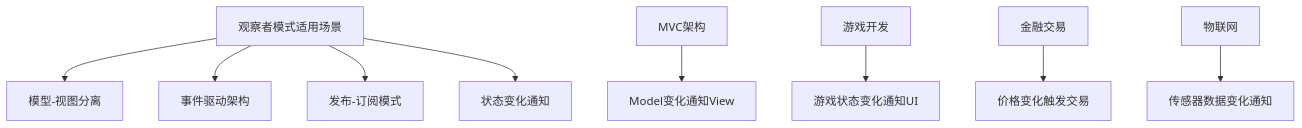
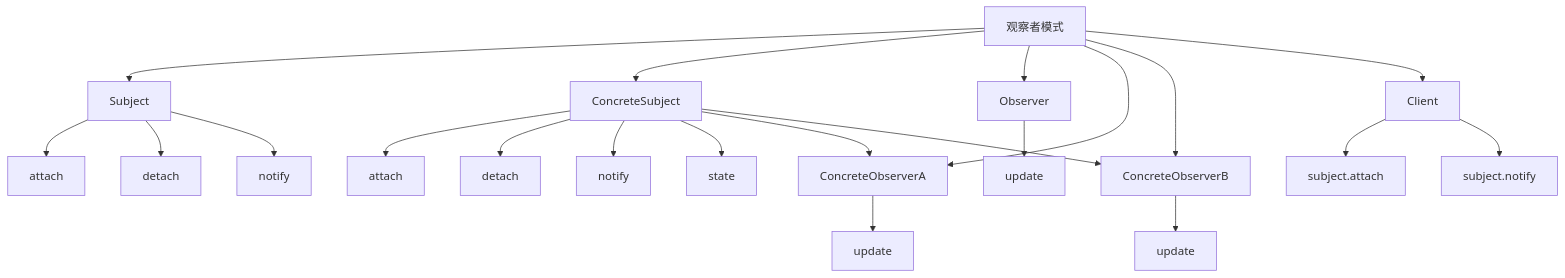
Before and after one commit to Anping2017/obsidian: the diagram in 计算机/编程基础/设计模式/05-行为型模式/08-观察者模式.md, drawn with Mermaid. The commit also changed other lines of this file and 622 other files, not shown here.

````diff
--- a/计算机/编程基础/设计模式/05-行为型模式/08-观察者模式.md
+++ b/计算机/编程基础/设计模式/05-行为型模式/08-观察者模式.md
@@ -492,12 +8,29 @@
 ```mermaid
 graph TD
-    A[观察者模式适用场景] --> B[模型-视图分离]
-    A --> C[事件驱动架构]
-    A --> D[发布-订阅模式]
-    A --> E[状态变化通知]
+    A[观察者模式] --> B[Subject]
+    A --> C[ConcreteSubject]
+    A --> D[Observer]
+    A --> E[ConcreteObserverA]
+    A --> F[ConcreteObserverB]
+    A --> G[Client]
     
-    F[MVC架构] --> G[Model变化通知View]
-    H[游戏开发] --> I[游戏状态变化通知UI]
-    J[金融交易] --> K[价格变化触发交易]
-    L[物联网] --> M[传感器数据变化通知]
+    B --> B1[attach]
+    B --> B2[detach]
+    B --> B3[notify]
+    
+    C --> C1[attach]
+    C --> C2[detach]
+    C --> C3[notify]
+    C --> C4[state]
+    
+    D --> D1[update]
+    
+    E --> E1[update]
+    F --> F1[update]
+    
+    G --> G1[subject.attach]
+    G --> G2[subject.notify]
+    
+    C --> E
+    C --> F
 ```
````
